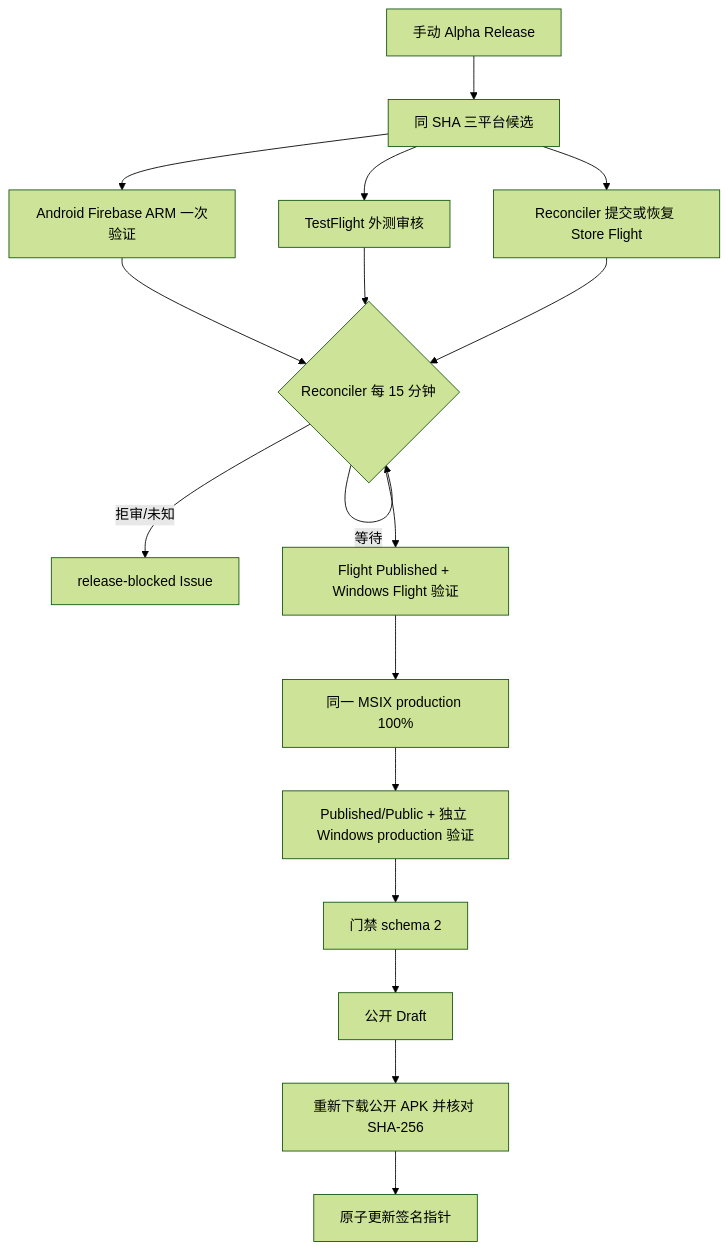
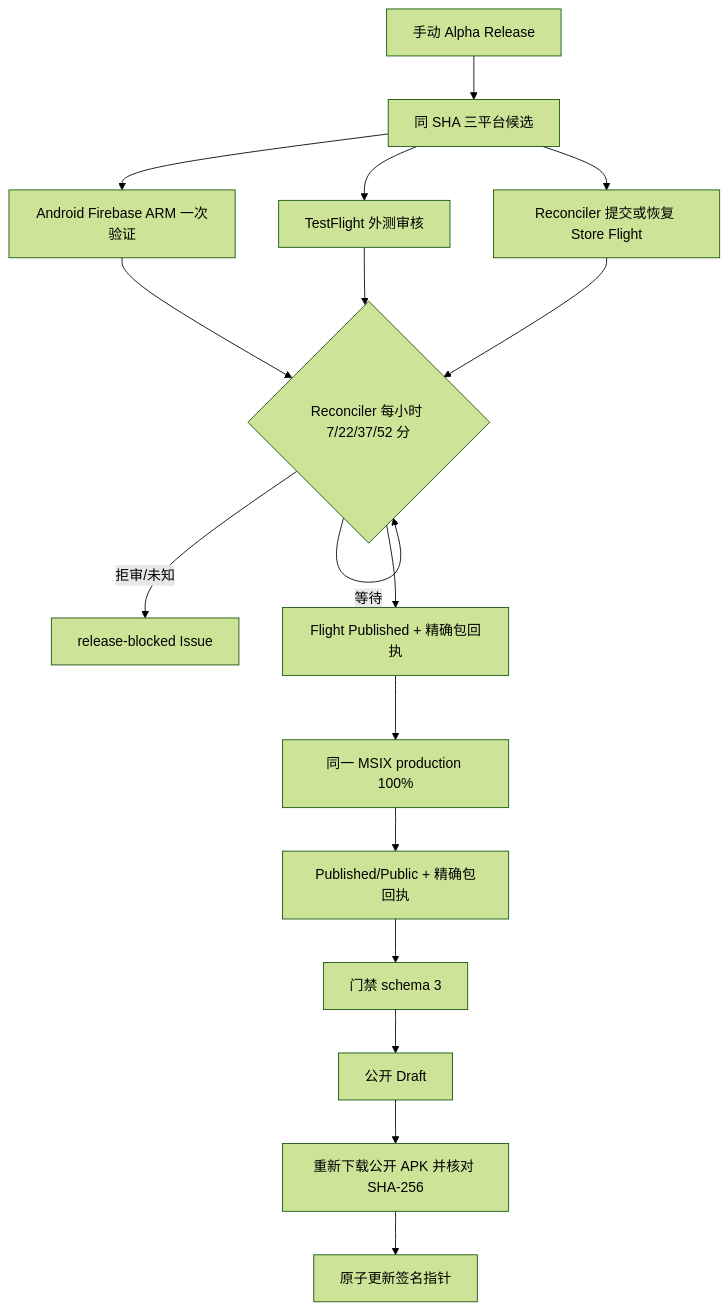
Before and after one commit to zhangheng2022/meet_trace: the diagram in spec/spec-process-cicd-alpha-release.md, drawn with Mermaid (forest theme). The commit also changed other lines of this file and 19 other files, not shown here.

````diff
--- a/spec/spec-process-cicd-alpha-release.md
+++ b/spec/spec-process-cicd-alpha-release.md
@@ -28,19 +28,19 @@
 ```mermaid
 flowchart TD
   A[手动 Alpha Release] --> B[同 SHA 三平台候选]
   B --> C[Android Firebase ARM 一次验证]
   B --> D[TestFlight 外测审核]
   B --> E[Reconciler 提交或恢复 Store Flight]
-  C --> F{Reconciler 每 15 分钟}
+  C --> F{Reconciler 每小时 7/22/37/52 分}
   D --> F
   E --> F
   F -->|等待| F
   F -->|拒审/未知| X[release-blocked Issue]
-  F --> G[Flight Published + Windows Flight 验证]
+  F --> G[Flight Published + 精确包回执]
   G --> H[同一 MSIX production 100%]
-  H --> I[Published/Public + 独立 Windows production 验证]
-  I --> J[门禁 schema 2]
+  H --> I[Published/Public + 精确包回执]
+  I --> J[门禁 schema 3]
   J --> K[公开 Draft]
   K --> L[重新下载公开 APK 并核对 SHA-256]
   L --> M[原子更新签名指针]
 ```
````
